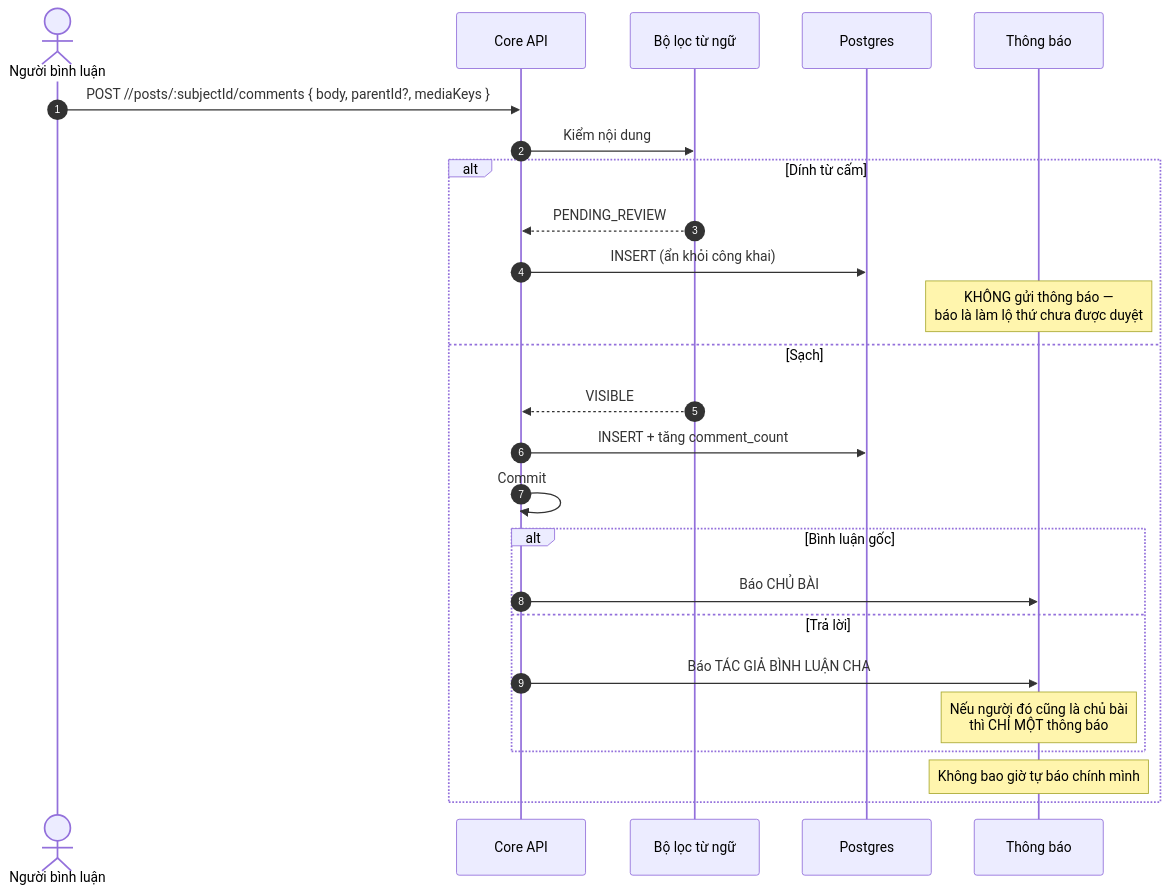
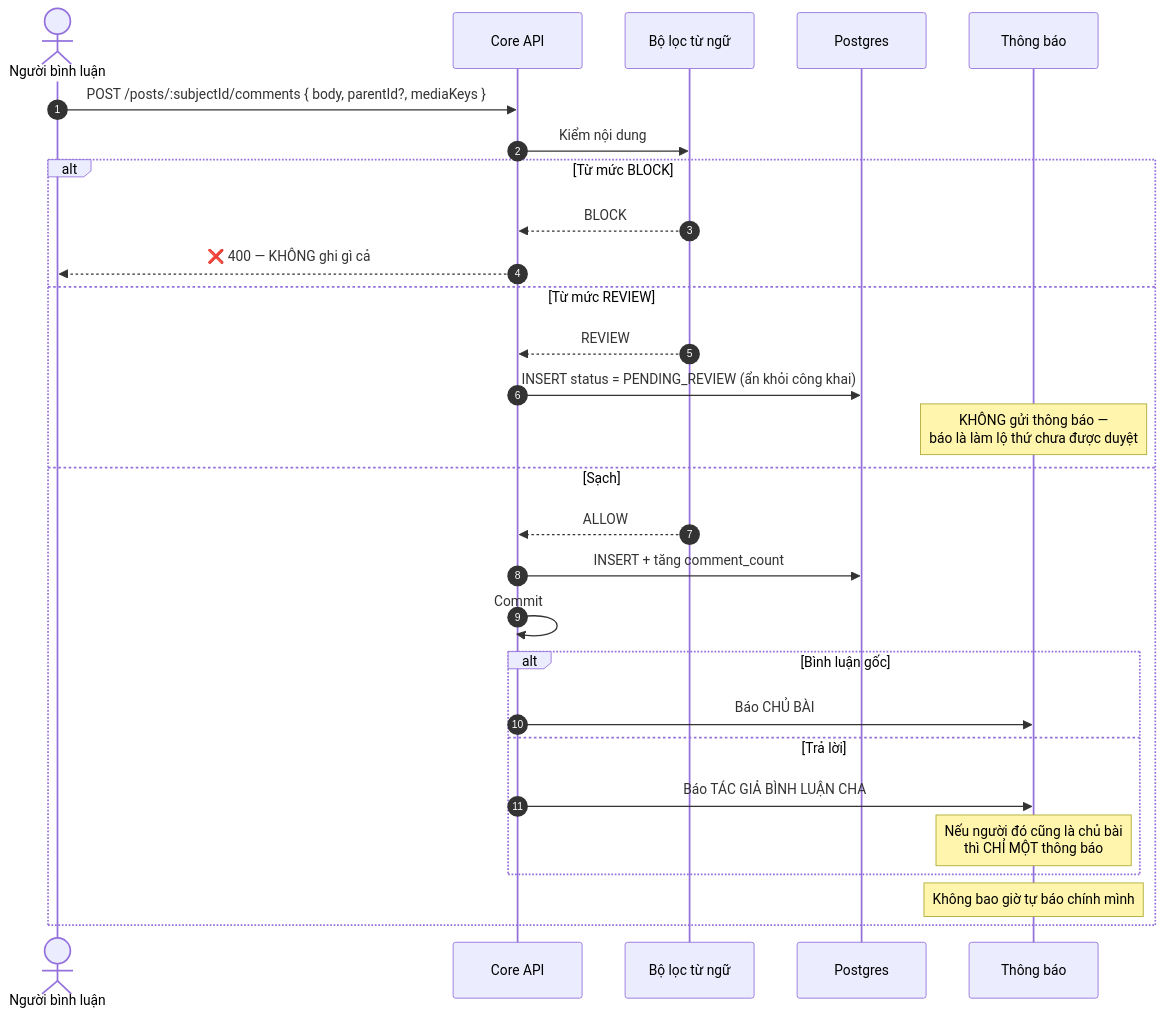
The fourth of 8 diagrams in docs/diagram/06-interaction.md (fdshn/trueheart), drawn with Mermaid before and after one commit. The commit also changed other lines of this file and 17 other files, not shown here.

````diff
--- a/docs/diagram/06-interaction.md
+++ b/docs/diagram/06-interaction.md
@@ -65,28 +102,31 @@
 ```mermaid
 sequenceDiagram
     autonumber
     actor U as Người bình luận
     participant API as Core API
     participant F as Bộ lọc từ ngữ
     participant DB as Postgres
     participant N as Thông báo
 
-    U->>API: POST //posts/:subjectId/comments { body, parentId?, mediaKeys }
+    U->>API: POST /posts/:subjectId/comments { body, parentId?, mediaKeys }
     API->>F: Kiểm nội dung
-    alt Dính từ cấm
-        F-->>API: PENDING_REVIEW
-        API->>DB: INSERT (ẩn khỏi công khai)
+    alt Từ mức BLOCK
+        F-->>API: BLOCK
+        API-->>U: ❌ 400 — KHÔNG ghi gì cả
+    else Từ mức REVIEW
+        F-->>API: REVIEW
+        API->>DB: INSERT status = PENDING_REVIEW (ẩn khỏi công khai)
         Note over N: KHÔNG gửi thông báo —<br/>báo là làm lộ thứ chưa được duyệt
     else Sạch
-        F-->>API: VISIBLE
+        F-->>API: ALLOW
         API->>DB: INSERT + tăng comment_count
         API->>API: Commit
         alt Bình luận gốc
             API->>N: Báo CHỦ BÀI
         else Trả lời
             API->>N: Báo TÁC GIẢ BÌNH LUẬN CHA
             Note over N: Nếu người đó cũng là chủ bài<br/>thì CHỈ MỘT thông báo
         end
         Note over N: Không bao giờ tự báo chính mình
     end
 ```
````
